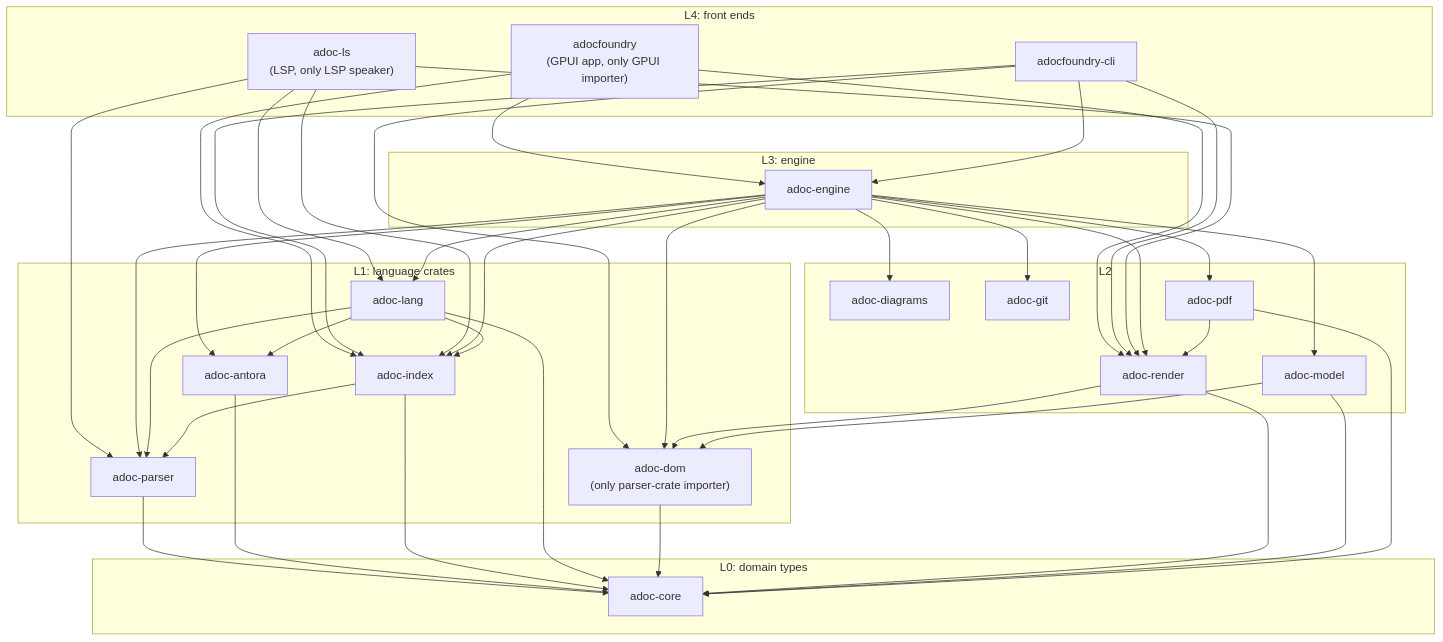
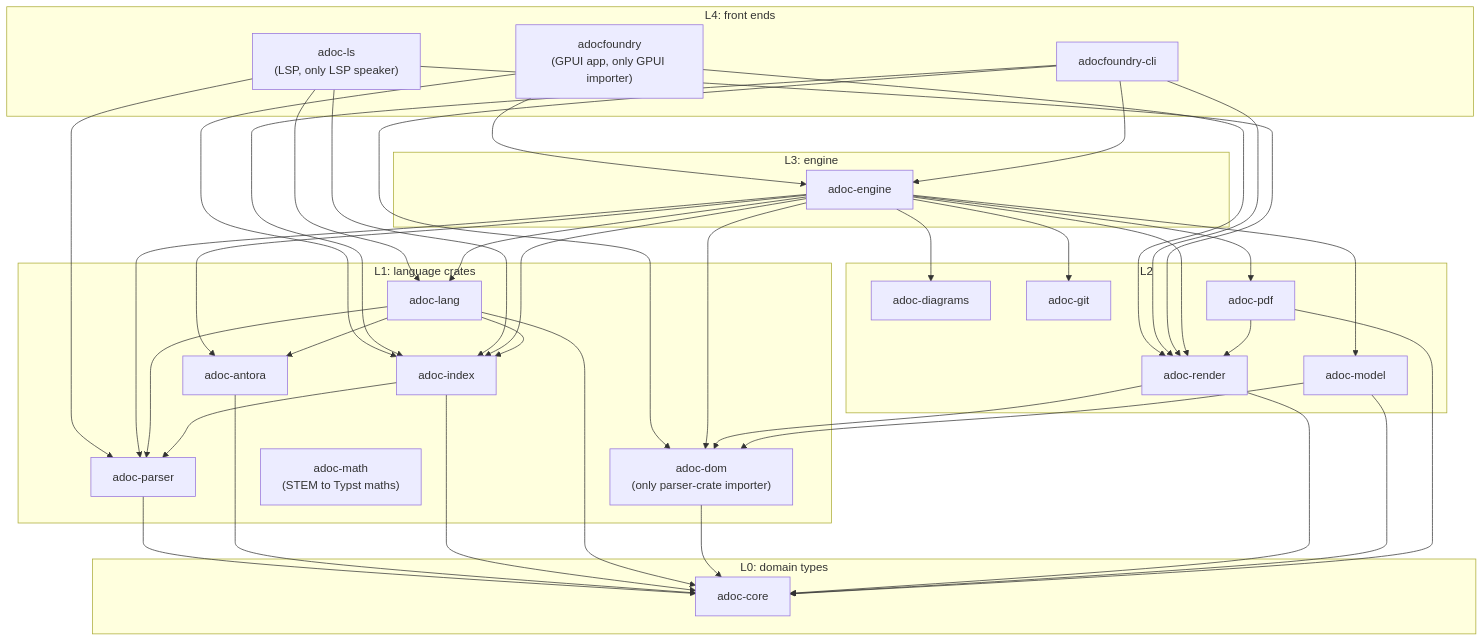
Before and after one commit to bovinemagnet/AdocFoundry: the diagram in src/docs/modules/developer/examples/crate-layers.mmd, drawn with Mermaid. The commit also changed 15 other files, not shown here.

Commit message:
WP 5.4: adoc-math, AsciiMath and LaTeX to Typst maths checked to hold no code, and STEM notation following :stem:

```diff
--- a/src/docs/modules/developer/examples/crate-layers.mmd
+++ b/src/docs/modules/developer/examples/crate-layers.mmd
@@ -1,62 +1,63 @@
 flowchart TD
     subgraph L4["L4: front ends"]
         app["adocfoundry<br/>(GPUI app, only GPUI importer)"]
         cli["adocfoundry-cli"]
         ls["adoc-ls<br/>(LSP, only LSP speaker)"]
     end
     subgraph L3["L3: engine"]
         engine["adoc-engine"]
     end
     subgraph L2["L2"]
         render["adoc-render"]
         diagrams["adoc-diagrams"]
         model["adoc-model"]
         git["adoc-git"]
         pdf["adoc-pdf"]
     end
     subgraph L1["L1: language crates"]
         parser["adoc-parser"]
         dom["adoc-dom<br/>(only parser-crate importer)"]
         antora["adoc-antora"]
         index["adoc-index"]
         lang["adoc-lang"]
+        math["adoc-math<br/>(STEM to Typst maths)"]
     end
     subgraph L0["L0: domain types"]
         core["adoc-core"]
     end
     app --> engine
     app --> index
     app --> render
     cli --> engine
     cli --> index
     cli --> render
     cli --> dom
     ls --> lang
     ls --> index
     ls --> parser
     ls --> render
     engine --> lang
     engine --> index
     engine --> antora
     engine --> parser
     engine --> dom
     engine --> render
     engine --> diagrams
     engine --> model
     engine --> git
     engine --> pdf
     pdf --> render
     render --> dom
     model --> dom
     lang --> index
     lang --> antora
     lang --> parser
     index --> parser
     parser --> core
     antora --> core
     index --> core
     lang --> core
     dom --> core
     render --> core
     model --> core
     pdf --> core
```
